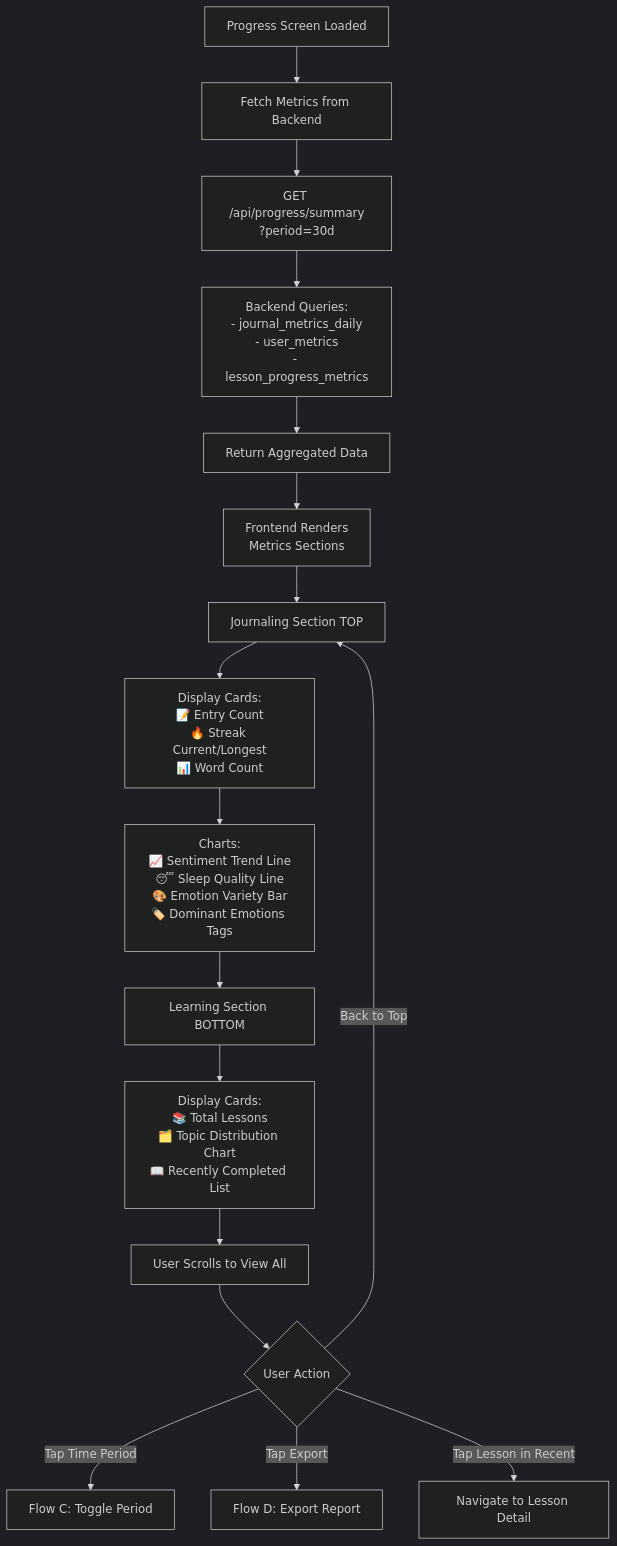
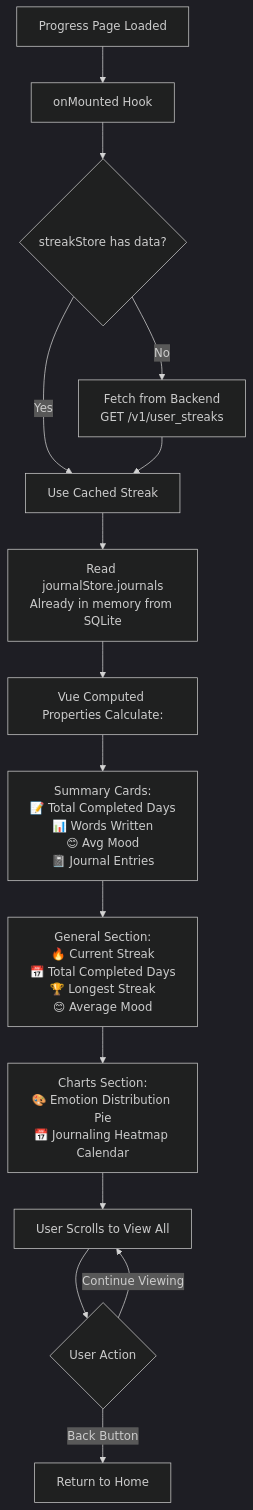
Before and after one commit to Nhatdien/tranquara_frontend: the second of 6 diagrams in feature-design/07. Progress/01-PROGRESS-FLOWS.md, drawn with Mermaid (dark theme). The commit also changed other lines of this file and 9 other files, not shown here.

````diff
--- a/feature-design/07. Progress/01-PROGRESS-FLOWS.md
+++ b/feature-design/07. Progress/01-PROGRESS-FLOWS.md
@@ -39,25 +42,23 @@
 ```mermaid
 flowchart TD
-    A[Progress Screen Loaded] --> B[Fetch Metrics from Backend]
-    B --> C[GET /api/progress/summary<br/>?period=30d]
+    A[Progress Page Loaded] --> B[onMounted Hook]
     
-    C --> D[Backend Queries:<br/>- journal_metrics_daily<br/>- user_metrics<br/>- lesson_progress_metrics]
+    B --> C{streakStore has data?}
+    C -->|No| D[Fetch from Backend<br/>GET /v1/user_streaks]
+    C -->|Yes| E[Use Cached Streak]
     
-    D --> E[Return Aggregated Data]
-    E --> F[Frontend Renders<br/>Metrics Sections]
+    D --> E
+    E --> F[Read journalStore.journals<br/>Already in memory from SQLite]
     
-    F --> G[Journaling Section TOP]
-    G --> H[Display Cards:<br/>📝 Entry Count<br/>🔥 Streak Current/Longest<br/>📊 Word Count]
+    F --> G[Vue Computed Properties Calculate:]
+    G --> H[Summary Cards:<br/>📝 Total Completed Days<br/>📊 Words Written<br/>😊 Avg Mood<br/>📓 Journal Entries]
     
-    H --> I[Charts:<br/>📈 Sentiment Trend Line<br/>😴 Sleep Quality Line<br/>🎨 Emotion Variety Bar<br/>🏷️ Dominant Emotions Tags]
+    H --> I[General Section:<br/>🔥 Current Streak<br/>📅 Total Completed Days<br/>🏆 Longest Streak<br/>😊 Average Mood]
     
-    I --> J[Learning Section BOTTOM]
-    J --> K[Display Cards:<br/>📚 Total Lessons<br/>🗂️ Topic Distribution Chart<br/>📖 Recently Completed List]
+    I --> J[Charts Section:<br/>🎨 Emotion Distribution Pie<br/>📅 Journaling Heatmap Calendar]
     
-    K --> L[User Scrolls to View All]
-    L --> M{User Action}
-    M -->|Tap Time Period| N[Flow C: Toggle Period]
-    M -->|Tap Export| O[Flow D: Export Report]
-    M -->|Tap Lesson in Recent| P[Navigate to Lesson Detail]
-    M -->|Back to Top| G
+    J --> K[User Scrolls to View All]
+    K --> L{User Action}
+    L -->|Back Button| M[Return to Home]
+    L -->|Continue Viewing| K
 ```
````
